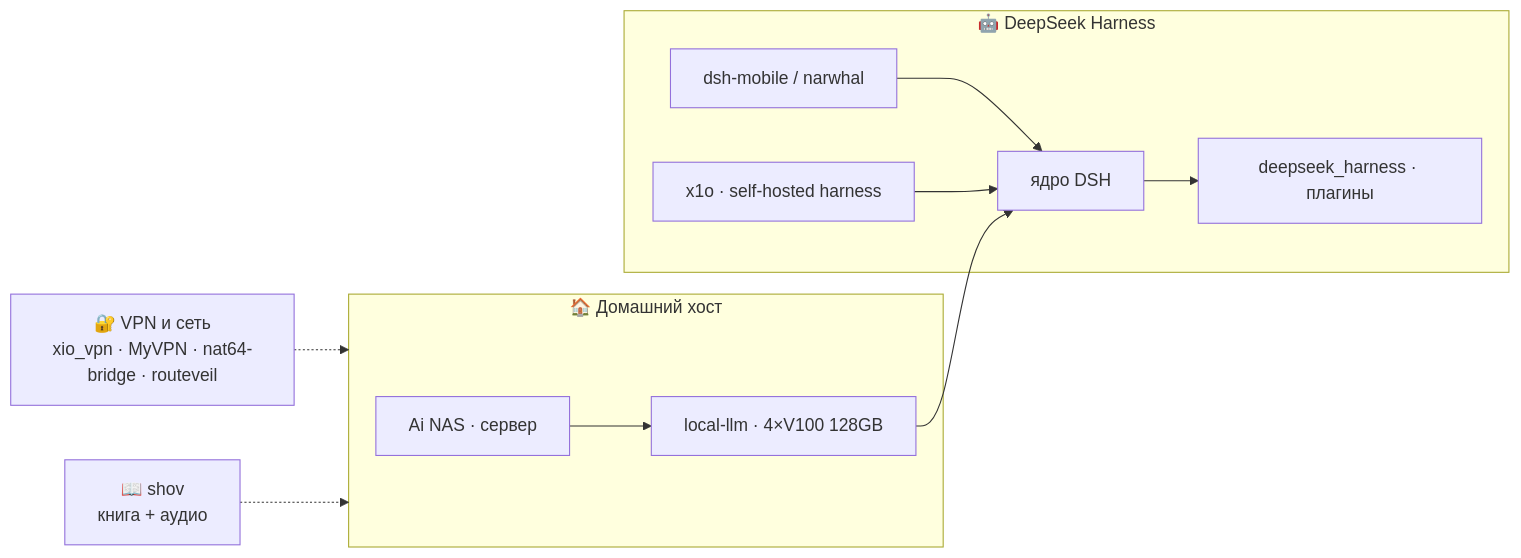
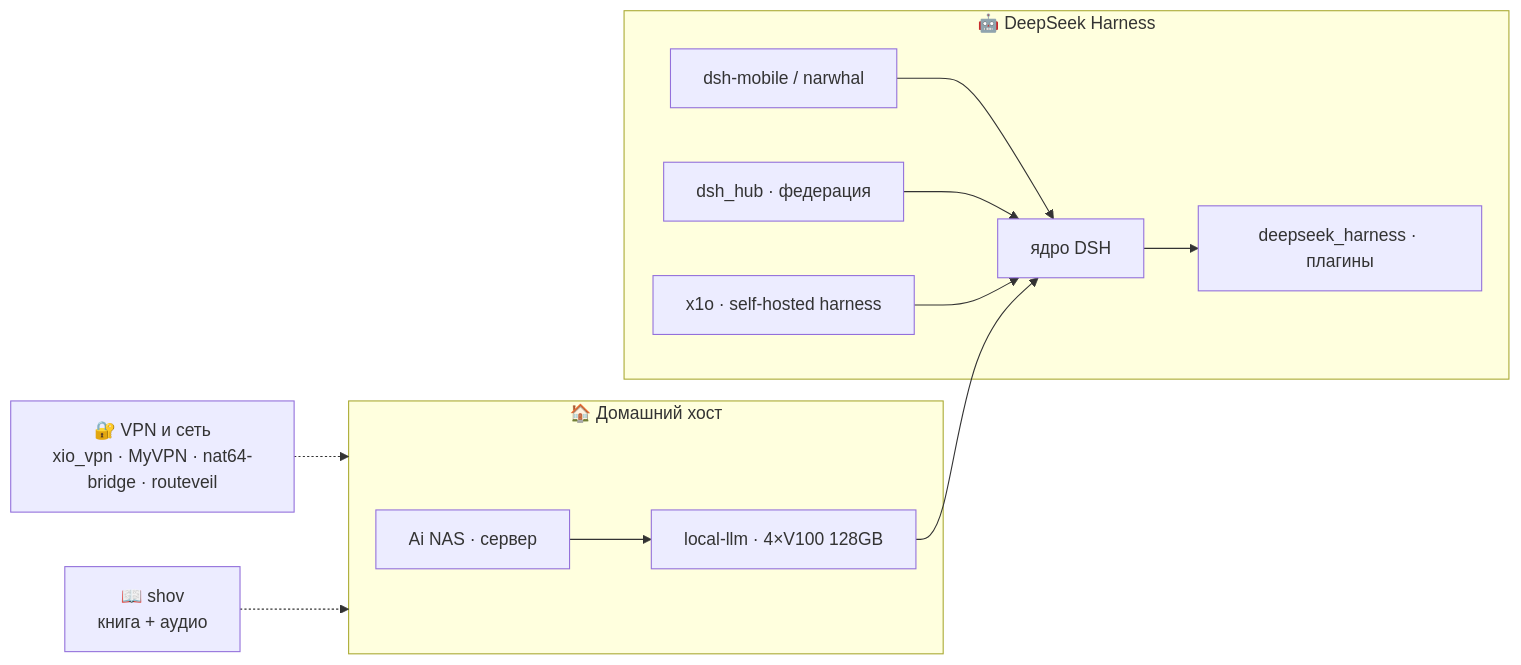
The diagram in README.md (rukazax/rukazax), drawn with Mermaid before and after one commit. The commit also changed other lines of this file, not shown here.

Commit message:
Профиль: dsh_hub (федерация DSH) в карте проектов, счётчики 24/18

````diff
--- a/README.md
+++ b/README.md
@@ -37,22 +37,24 @@
 ```mermaid
 graph LR
   subgraph HOST[🏠 Домашний хост]
     NAS[Ai NAS · сервер]
     LLM[local-llm · 4×V100 128GB]
   end
   subgraph DSH[🤖 DeepSeek Harness]
     CORE[ядро DSH]
     PLG[deepseek_harness · плагины]
     MOB[dsh-mobile / narwhal]
+    HUB[dsh_hub · федерация]
     X1O[x1o · self-hosted harness]
   end
   NET[🔐 VPN и сеть<br/>xio_vpn · MyVPN · nat64-bridge · routeveil]
   BOOK[📖 shov<br/>книга + аудио]
   CORE --> PLG
   MOB --> CORE
+  HUB --> CORE
   X1O --> CORE
   LLM --> CORE
   NAS --> LLM
   NET -.-> HOST
   BOOK -.-> HOST
 ```
````
